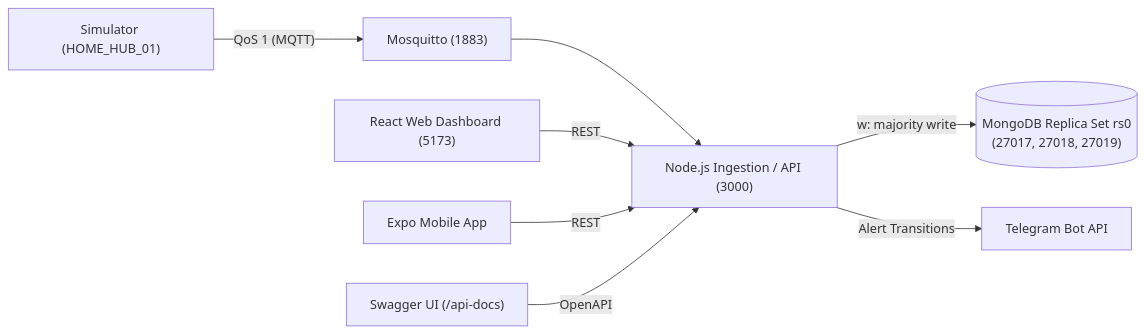
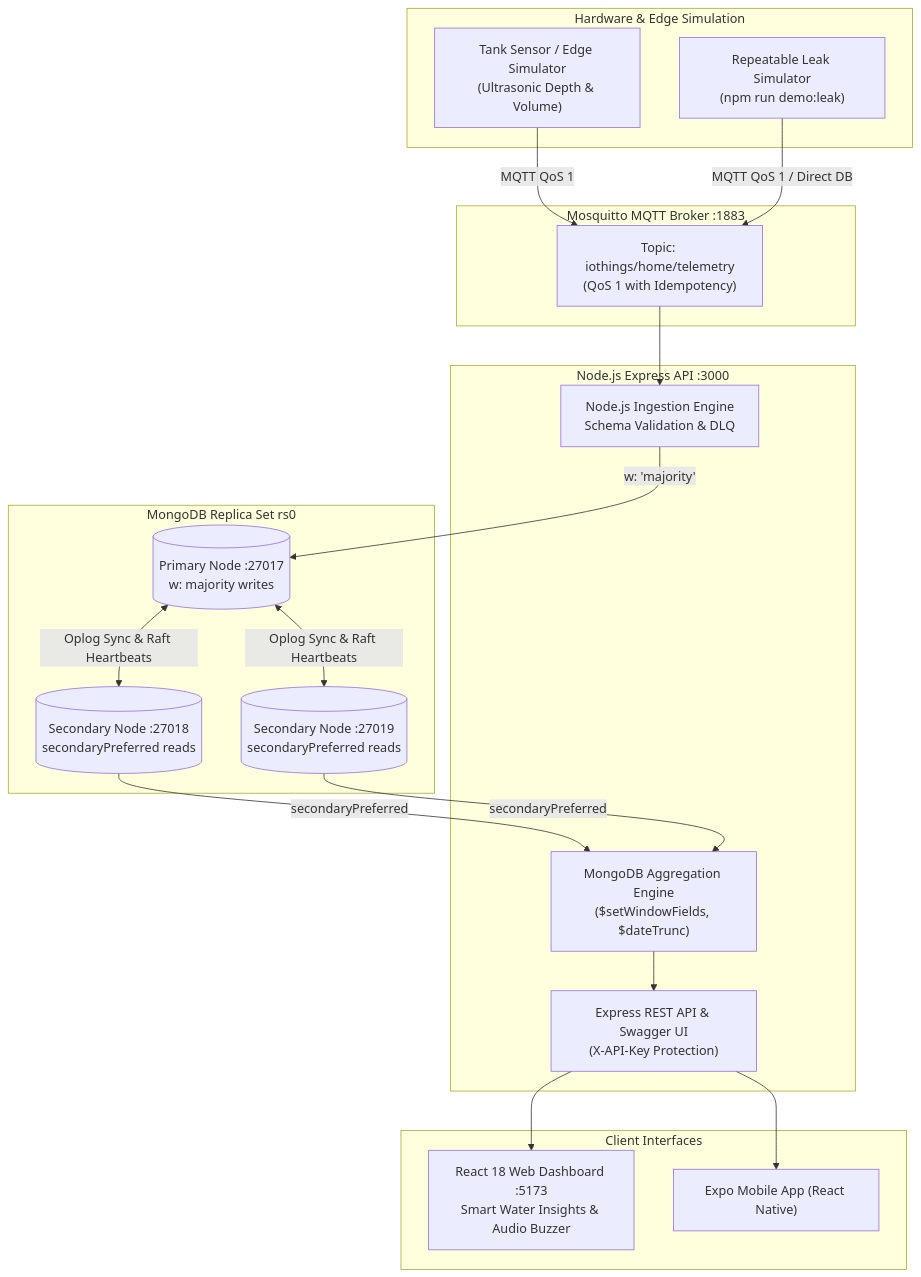
Before and after one commit to Sushey01/smart-tank-automation: the diagram in README.md, drawn with Mermaid. The commit also changed other lines of this file and 62 other files, not shown here.

First line of the commit message:
feat(core): enhance water platform analytics, empirical failover probe, and compile coursework report

````diff
--- a/README.md
+++ b/README.md
@@ -24,10 +26,37 @@
 ```mermaid
-flowchart LR
-    sim["Simulator (HOME_HUB_01)"] -->|"QoS 1 (MQTT)"| broker["Mosquitto (1883)"]
-    broker --> ingest["Node.js Ingestion / API (3000)"]
-    ingest -->|"w: majority write"| rs0[("MongoDB Replica Set rs0<br/>(27017, 27018, 27019)")]
-    ingest -->|"Alert Transitions"| tg["Telegram Bot API"]
-    web["React Web Dashboard (5173)"] -->|"REST"| ingest
-    mob["Expo Mobile App"] -->|"REST"| ingest
-    swagger["Swagger UI (/api-docs)"] -->|"OpenAPI"| ingest
+flowchart TD
+    subgraph Edge Layer [Hardware & Edge Simulation]
+        sim["Tank Sensor / Edge Simulator<br/>(Ultrasonic Depth & Volume)"]
+        demo["Repeatable Leak Simulator<br/>(npm run demo:leak)"]
+    end
+
+    subgraph Messaging Layer [Mosquitto MQTT Broker :1883]
+        broker["Topic: iothings/home/telemetry<br/>(QoS 1 with Idempotency)"]
+    end
+
+    subgraph Ingestion & Backend [Node.js Express API :3000]
+        ingest["Node.js Ingestion Engine<br/>Schema Validation & DLQ"]
+        analytics["MongoDB Aggregation Engine<br/>($setWindowFields, $dateTrunc)"]
+        api["Express REST API & Swagger UI<br/>(X-API-Key Protection)"]
+    end
+
+    subgraph Distributed Storage [MongoDB Replica Set rs0]
+        primary[("Primary Node :27017<br/>w: majority writes")]
+        sec1[("Secondary Node :27018<br/>secondaryPreferred reads")]
+        sec2[("Secondary Node :27019<br/>secondaryPreferred reads")]
+    end
+
+    subgraph Presentation Layer [Client Interfaces]
+        web["React 18 Web Dashboard :5173<br/>Smart Water Insights & Audio Buzzer"]
+        mob["Expo Mobile App (React Native)"]
+    end
+
+    sim -->|"MQTT QoS 1"| broker
+    demo -->|"MQTT QoS 1 / Direct DB"| broker
+    broker --> ingest
+    ingest -->|"w: 'majority'"| primary
+    primary <-->|"Oplog Sync & Raft Heartbeats"| sec1 & sec2
+    sec1 & sec2 -->|"secondaryPreferred"| analytics
+    analytics --> api
+    api --> web & mob
 ```
````
